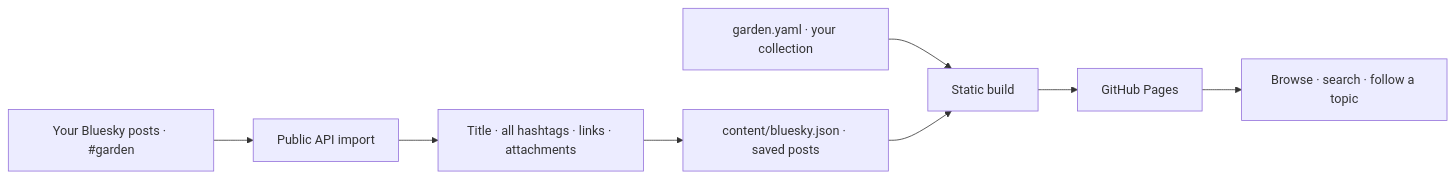
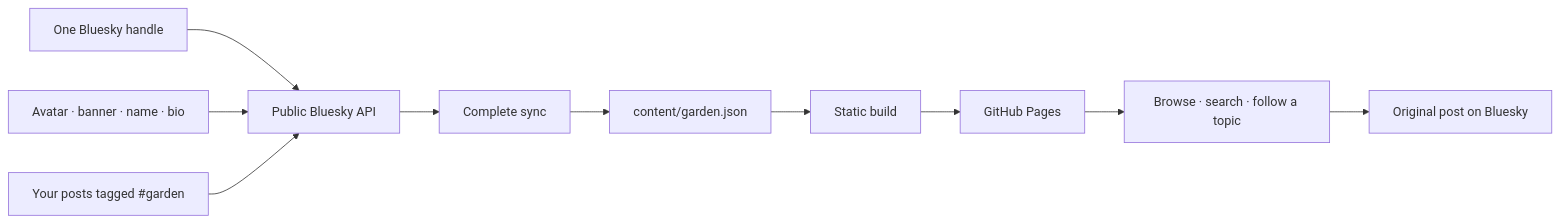
One commit to crs48/digitalgarden changed the diagram in README.md. Above: the diagram before and after it, drawn with Mermaid. The commit also changed other lines of this file, not shown here.

First line of the commit message:
docs: explain the Bluesky-only garden workflow

````diff
--- a/README.md
+++ b/README.md
@@ -112,10 +74,12 @@
 ```mermaid
 flowchart LR
-  YAML["garden.yaml · your collection"] --> Build[Static build]
-  Posts["Your Bluesky posts · #garden"] --> Sync[Public API import]
-  Sync --> Extract["Title · all hashtags · links · attachments"]
-  Extract --> Archive["content/bluesky.json · saved posts"]
-  Archive --> Build
+  Handle["One Bluesky handle"] --> API[Public Bluesky API]
+  Profile["Avatar · banner · name · bio"] --> API
+  Posts["Your posts tagged #garden"] --> API
+  API --> Sync[Complete sync]
+  Sync --> Snapshot["content/garden.json"]
+  Snapshot --> Build[Static build]
   Build --> Pages[GitHub Pages]
   Pages --> Reader[Browse · search · follow a topic]
+  Reader --> Conversation[Original post on Bluesky]
 ```
````
